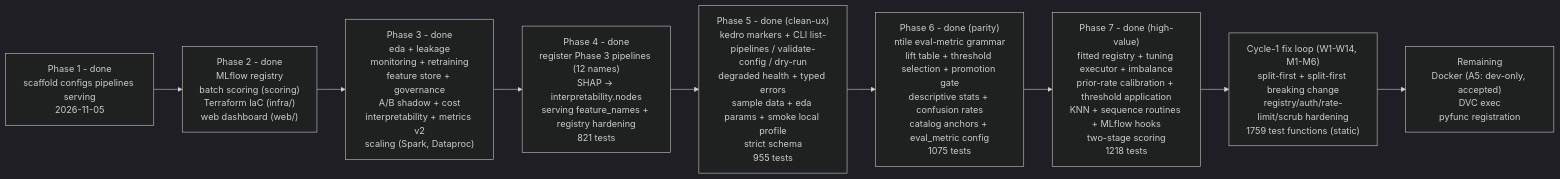
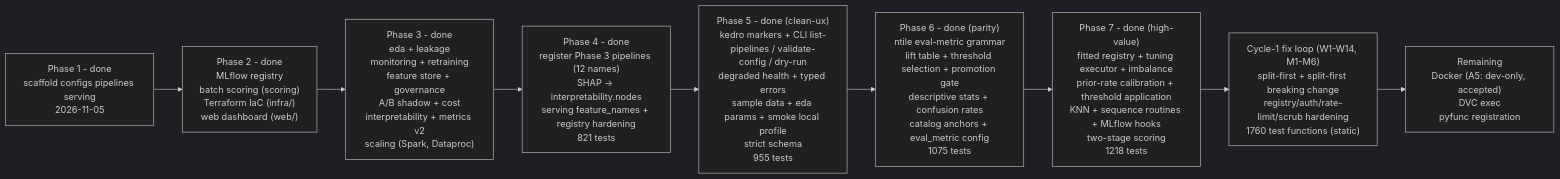
One commit to ankithaldar/all_projects changed the sixth of 6 diagrams in forecast_ml_framework/README.md. Above: the diagram before and after it, drawn with Mermaid (dark theme). The commit also changed other lines of this file and 2 other files, not shown here.

````diff
--- a/forecast_ml_framework/README.md
+++ b/forecast_ml_framework/README.md
@@ -2404,11 +2404,11 @@
 ```mermaid
 flowchart LR
   P1["Phase 1 - done<br/>scaffold configs pipelines serving<br/>2026-11-05"] --> P2["Phase 2 - done<br/>MLflow registry<br/>batch scoring (scoring)<br/>Terraform IaC (infra/)<br/>web dashboard (web/)"]
   P2 --> P3["Phase 3 - done<br/>eda + leakage<br/>monitoring + retraining<br/>feature store + governance<br/>A/B shadow + cost<br/>interpretability + metrics v2<br/>scaling (Spark, Dataproc)"]
   P3 --> P4["Phase 4 - done<br/>register Phase 3 pipelines (12 names)<br/>SHAP -> interpretability.nodes<br/>serving feature_names + registry hardening<br/>821 tests"]
   P4 --> P5["Phase 5 - done (clean-ux)<br/>kedro markers + CLI list-pipelines / validate-config / dry-run<br/>degraded health + typed errors<br/>sample data + eda params + smoke local profile<br/>strict schema<br/>955 tests"]
   P5 --> P6["Phase 6 - done (parity)<br/>ntile eval-metric grammar<br/>lift table + threshold selection + promotion gate<br/>descriptive stats + confusion rates<br/>catalog anchors + eval_metric config<br/>1075 tests"]
   P6 --> P7["Phase 7 - done (high-value)<br/>fitted registry + tuning executor + imbalance<br/>prior-rate calibration + threshold application<br/>KNN + sequence routines + MLflow hooks<br/>two-stage scoring<br/>1218 tests"]
-  P7 --> LOOP["Cycle-1 fix loop (W1-W14, M1-M6)<br/>split-first + split-first breaking change<br/>registry/auth/rate-limit/scrub hardening<br/>1759 test functions (static)"]
+  P7 --> LOOP["Cycle-1 fix loop (W1-W14, M1-M6)<br/>split-first + split-first breaking change<br/>registry/auth/rate-limit/scrub hardening<br/>1760 test functions (static)"]
   LOOP --> REM["Remaining<br/>Docker (A5: dev-only, accepted)<br/>DVC exec<br/>pyfunc registration"]
 ```
````
